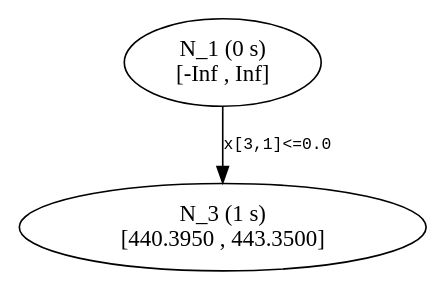
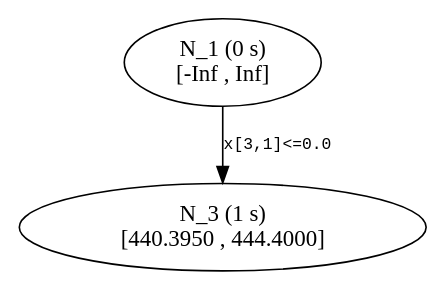
The diagram in previews/PR930/start/tree2.dot (atoptima/Coluna.jl), drawn with Graphviz before and after one commit. The commit also changed 20 other files, not shown here.

```diff
--- a/previews/PR930/start/tree2.dot
+++ b/previews/PR930/start/tree2.dot
@@ -1,8 +1,8 @@
 ## dot -Tpdf thisfile > thisfile.pdf 
 
 digraph Branching_Tree {
 	edge[fontname = "Courier", fontsize = 10];
 	n1 [label= "N_1 (0 s) \n[-Inf , Inf]"];
-	n3 [label= "N_3 (1 s) \n[440.3950 , 443.3500]"];
+	n3 [label= "N_3 (1 s) \n[440.3950 , 444.4000]"];
 	n1 -> n3 [label= "x[3,1]<=0.0"];
 }
```
